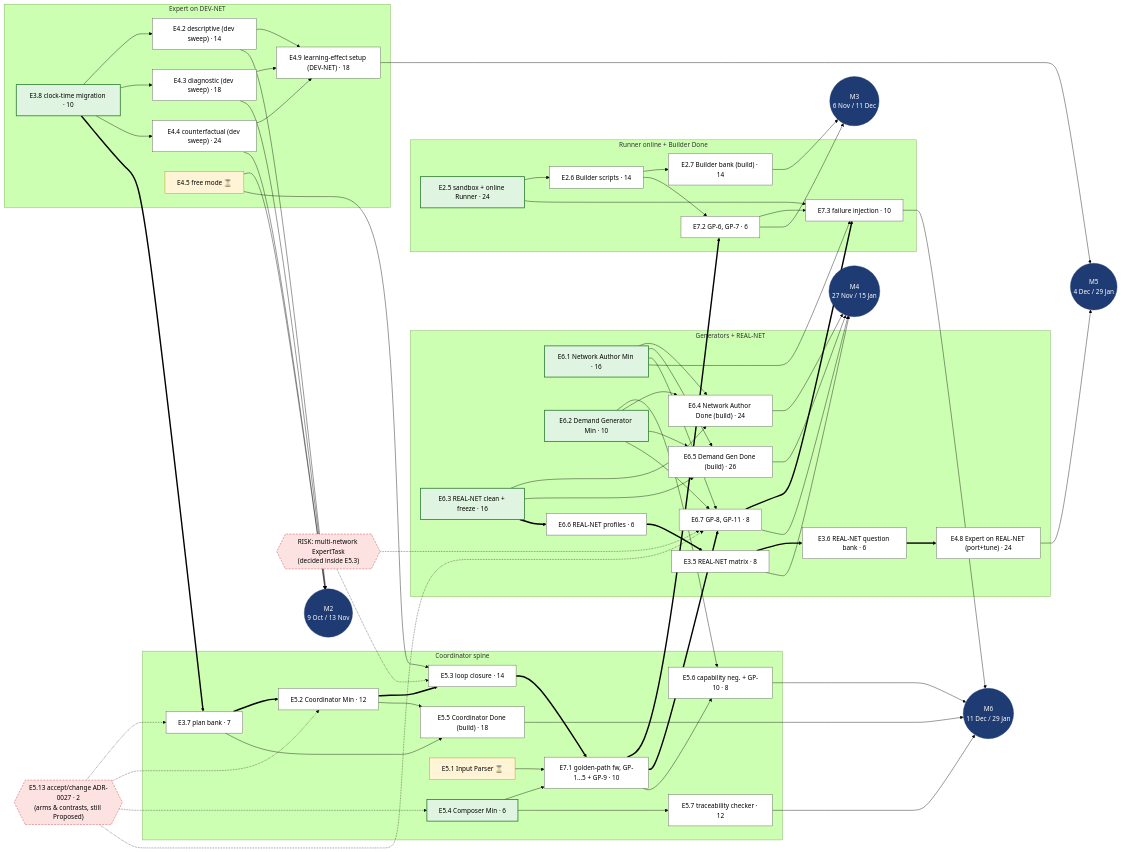
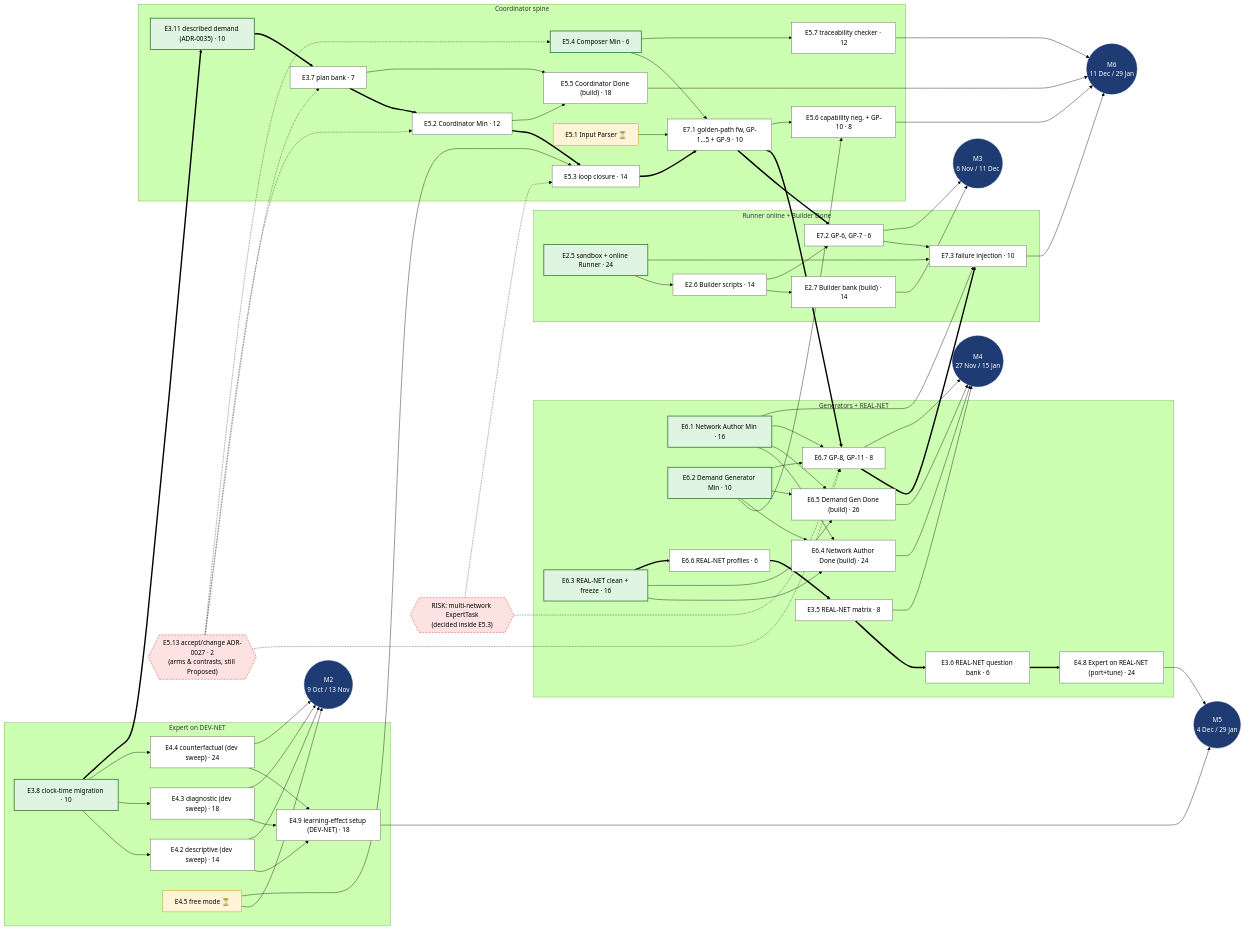
One commit to ferranUPC/resto changed the first of 2 diagrams in docs/tfm-work-plan.md. Above: the diagram before and after it, drawn with Mermaid (forest theme). The commit also changed other lines of this file and 4 other files, not shown here.

Commit message:
Add ADR-0035 on described demands and update the ADRs and work plan that reference it

```diff
--- a/docs/tfm-work-plan.md
+++ b/docs/tfm-work-plan.md
@@ -330,6 +331,7 @@
   end
 
   subgraph SPINE["Coordinator spine"]
+    E311["E3.11 described demand (ADR-0035) · 10"]:::frontier
     E37["E3.7 plan bank · 7"]:::pending
     E52["E5.2 Coordinator Min · 12"]:::pending
     E53["E5.3 loop closure · 14"]:::pending
@@ -374,7 +376,7 @@
   E42 & E43 & E44 & E45 --> M2
 
   %% Coordinator spine (critical for M3, M4, M6)
-  E38 ==> E37 ==> E52 ==> E53 ==> E71 ==> E72
+  E38 ==> E311 ==> E37 ==> E52 ==> E53 ==> E71 ==> E72
   E71 ==> E67 ==> E73
   E52 --> E55
   E37 --> E55
```
